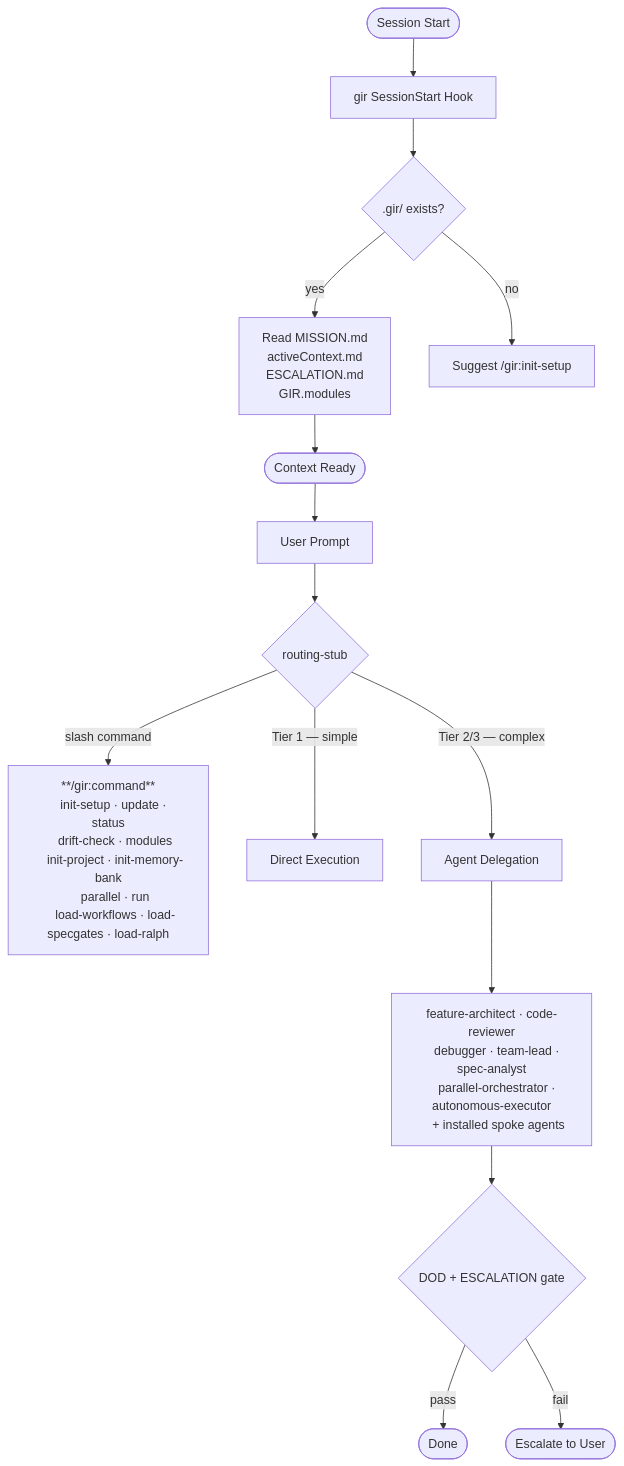
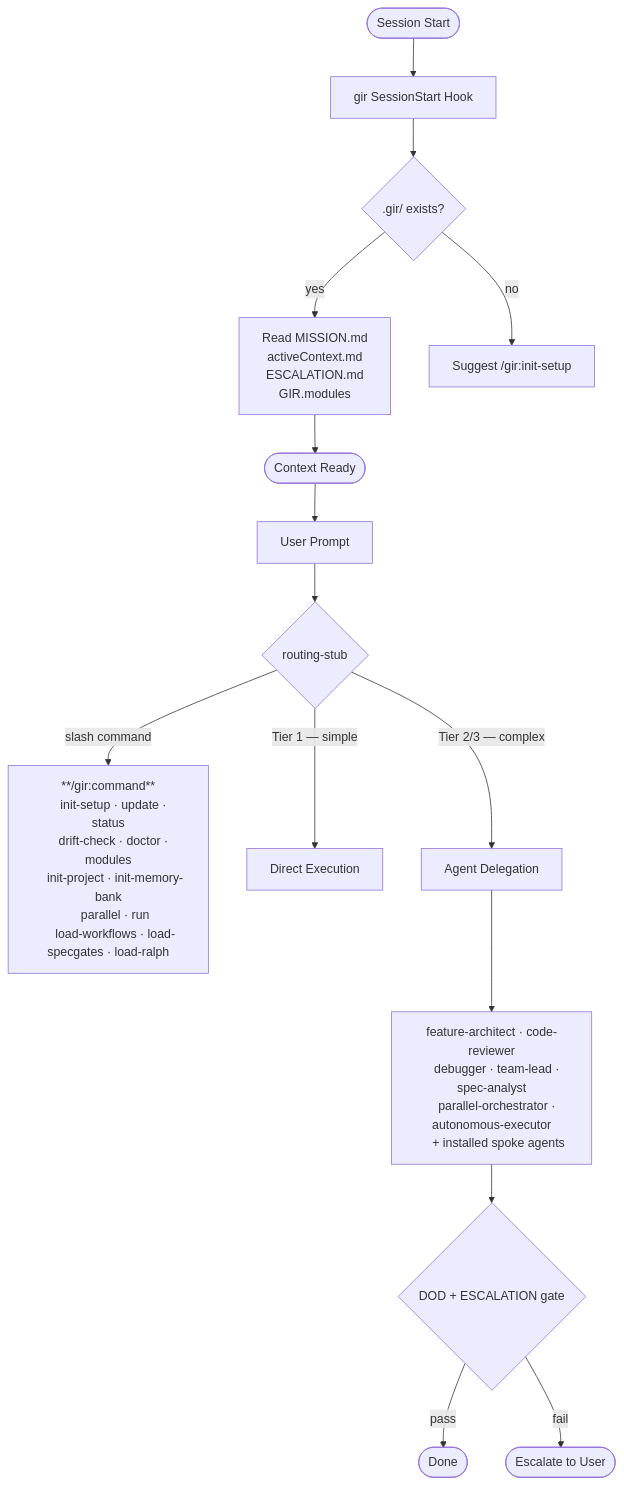
The second of 2 diagrams in README.md (RedcoatAsher/GIR-v2), drawn with Mermaid before and after one commit. The commit also changed other lines of this file and 3 other files, not shown here.

First line of the commit message:
feat(gir-core): add /gir:doctor health check and fix hook registry drift

````diff
--- a/README.md
+++ b/README.md
@@ -82,31 +82,31 @@
 ```mermaid
 flowchart TD
     A([Session Start]) --> B[gir SessionStart Hook]
     B --> C{.gir/ exists?}
     C -->|yes| D[Read MISSION.md\nactiveContext.md\nESCALATION.md\nGIR.modules]
     C -->|no| E[Suggest /gir:init-setup]
     D --> F([Context Ready])
 
     F --> G[User Prompt]
 
     G --> H{routing-stub}
 
     H -->|slash command| I["**/gir:command**
     init-setup · update · status
-    drift-check · modules
+    drift-check · doctor · modules
     init-project · init-memory-bank
     parallel · run
     load-workflows · load-specgates · load-ralph"]
 
     H -->|Tier 1 — simple| J[Direct Execution]
 
     H -->|Tier 2/3 — complex| K[Agent Delegation]
     K --> L["feature-architect · code-reviewer
     debugger · team-lead · spec-analyst
     parallel-orchestrator · autonomous-executor
     + installed spoke agents"]
 
     L --> M{DOD + ESCALATION gate}
     M -->|pass| N([Done])
     M -->|fail| O([Escalate to User])
 ```
````
